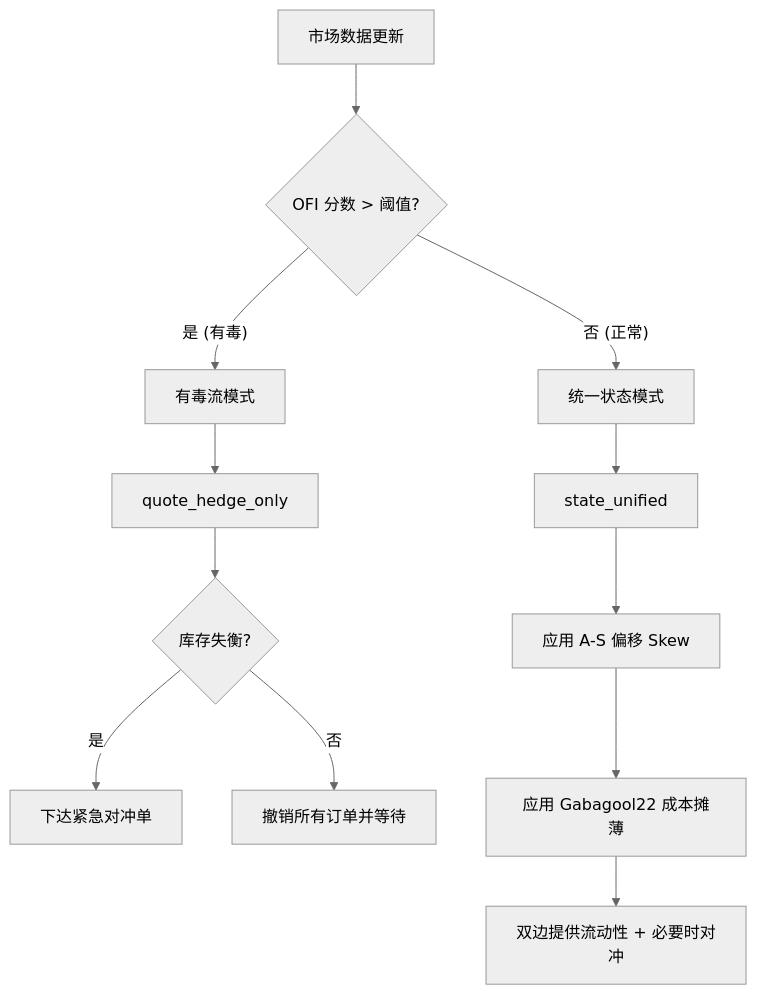
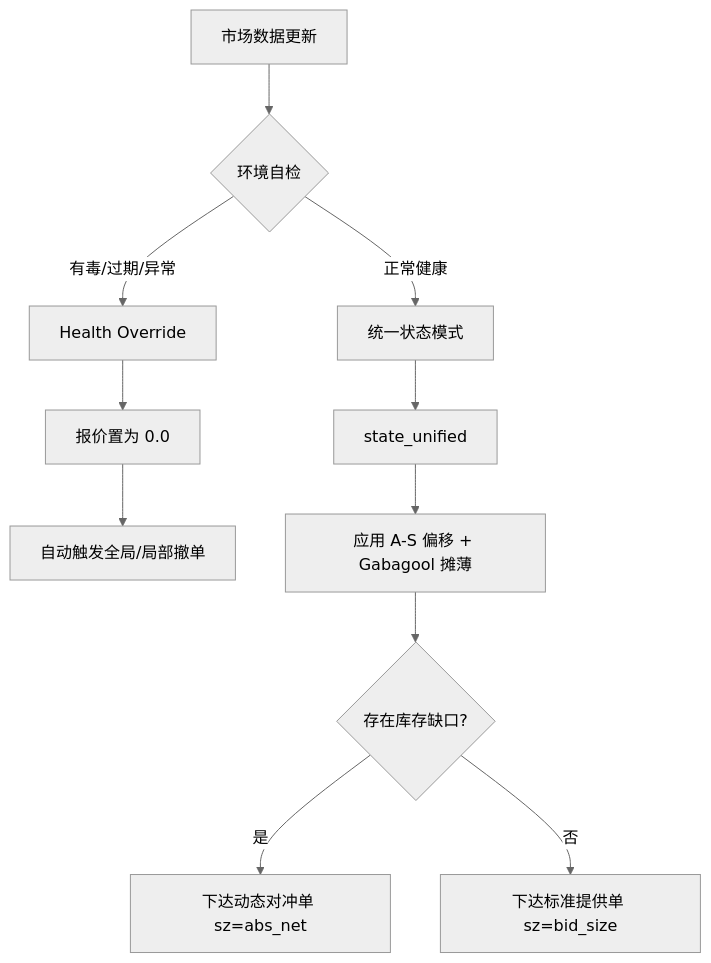
The diagram in docs/STRATEGY_V2_CORE_ZH.md (hot3246624/pm_as_ofi), drawn with Mermaid (neutral theme) before and after one commit. The commit also changed other lines of this file and 5 other files, not shown here.

First line of the commit message:
V2 Surgical Refinement: Final Architectural Alignment & Sync

````diff
--- a/docs/STRATEGY_V2_CORE_ZH.md
+++ b/docs/STRATEGY_V2_CORE_ZH.md
@@ -18,16 +18,15 @@
 ```mermaid
 graph TD
-    A[市场数据更新] --> B{OFI 分数 > 阈值?}
-    B -- 是 (有毒) --> C[有毒流模式]
-    B -- 否 (正常) --> D[统一状态模式]
+    A[市场数据更新] --> B{环境自检}
+    B -- 有毒/过期/异常 --> C[Health Override]
+    B -- 正常健康 --> D[统一状态模式]
     
-    C --> E[quote_hedge_only]
-    E --> F{库存失衡?}
-    F -- 是 --> G[下达紧急对冲单]
-    F -- 否 --> H[撤销所有订单并等待]
+    C --> G[报价置为 0.0]
+    G --> H[自动触发全局/局部撤单]
     
     D --> I[state_unified]
-    I --> J[应用 A-S 偏移 Skew]
-    J --> K[应用 Gabagool22 成本摊薄]
-    K --> L[双边提供流动性 + 必要时对冲]
+    I --> J[应用 A-S 偏移 + Gabagool 摊薄]
+    J --> K{存在库存缺口?}
+    K -- 是 --> L[下达动态对冲单 sz=abs_net]
+    K -- 否 --> M[下达标准提供单 sz=bid_size]
 ```
````
